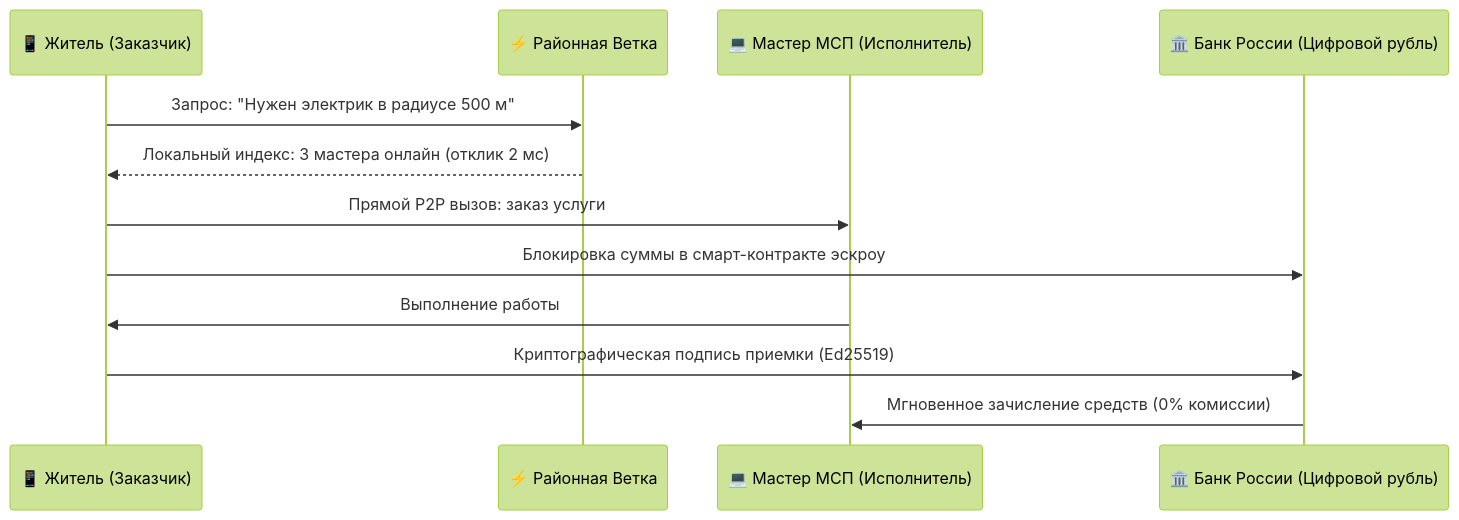
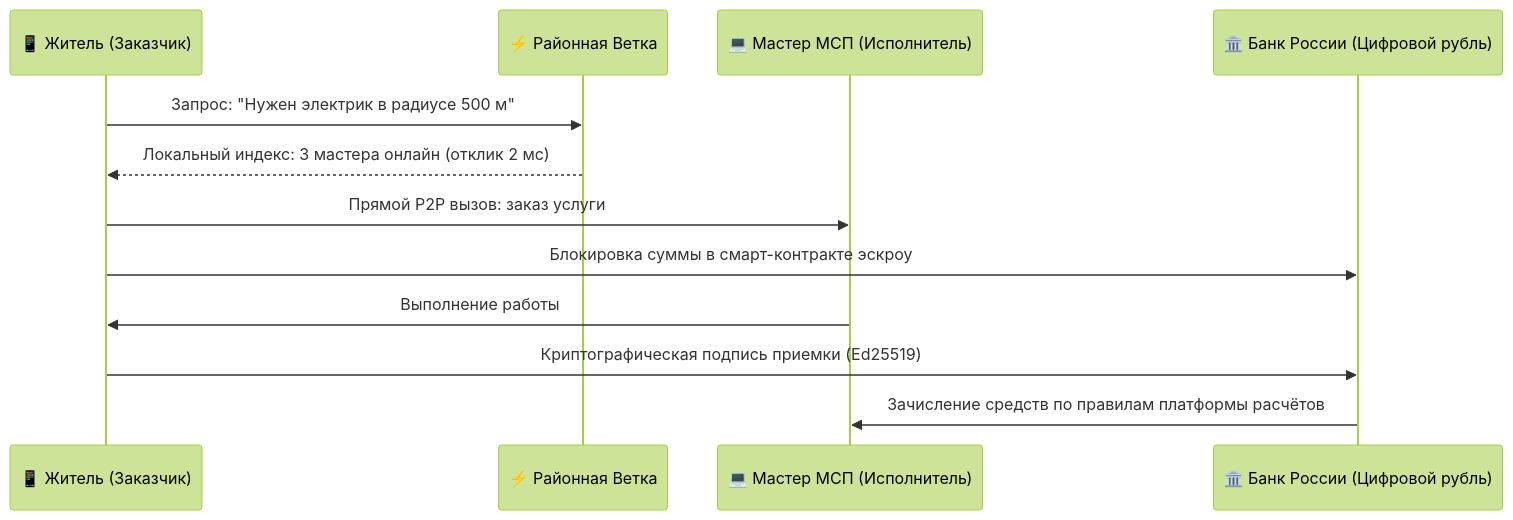
Before and after one commit to Data-Independence-Network/presentations: the third of 4 diagrams in shared_docs/whitepapers/02_applications_suite_whitepaper.md, drawn with Mermaid (forest theme). The commit also changed other lines of this file and 11 other files, not shown here.

````diff
--- a/shared_docs/whitepapers/02_applications_suite_whitepaper.md
+++ b/shared_docs/whitepapers/02_applications_suite_whitepaper.md
@@ -175,15 +175,15 @@
 ```mermaid
 sequenceDiagram
     participant C as 📱 Житель (Заказчик)
     participant B as ⚡ Районная Ветка
     participant M as 💻 Мастер МСП (Исполнитель)
     participant R as 🏛️ Банк России (Цифровой рубль)
 
     C->>B: Запрос: "Нужен электрик в радиусе 500 м"
     B-->>C: Локальный индекс: 3 мастера онлайн (отклик 2 мс)
     C->>M: Прямой P2P вызов: заказ услуги
     C->>R: Блокировка суммы в смарт-контракте эскроу
     M->>C: Выполнение работы
     C->>R: Криптографическая подпись приемки (Ed25519)
-    R->>M: Мгновенное зачисление средств (0% комиссии)
+    R->>M: Зачисление средств по правилам платформы расчётов
 ```
````
